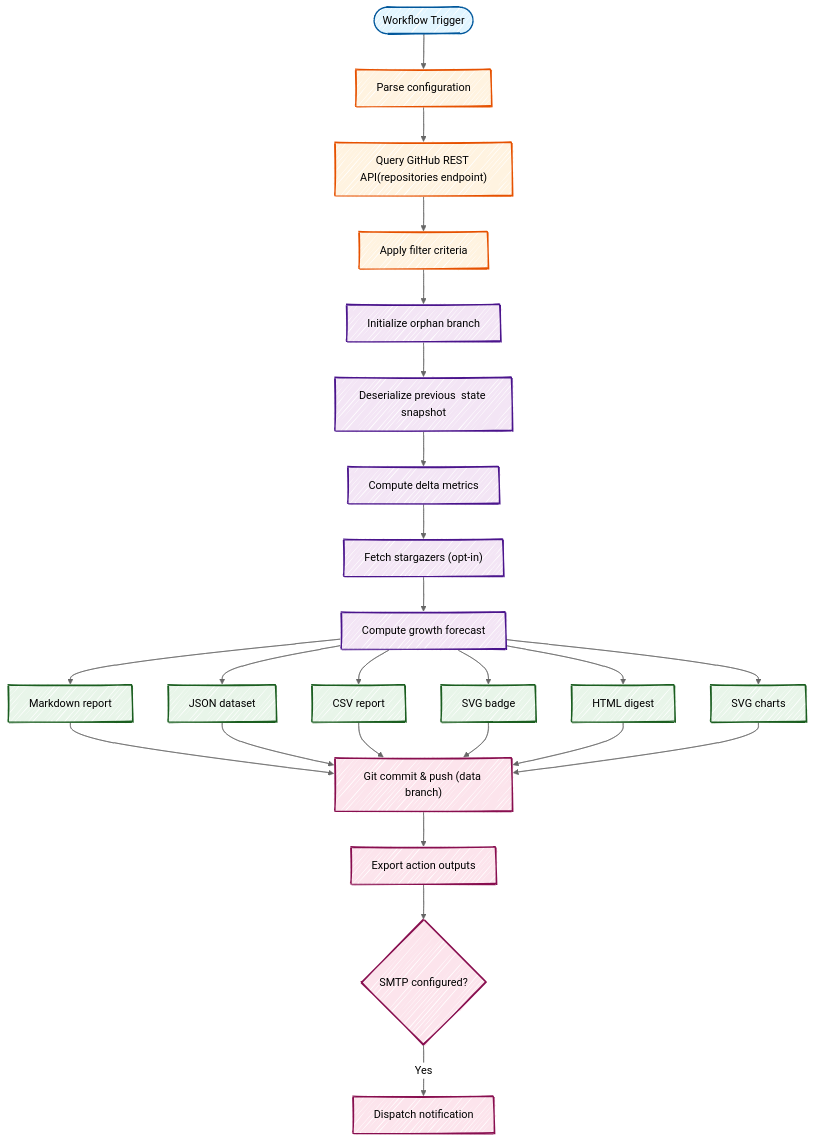
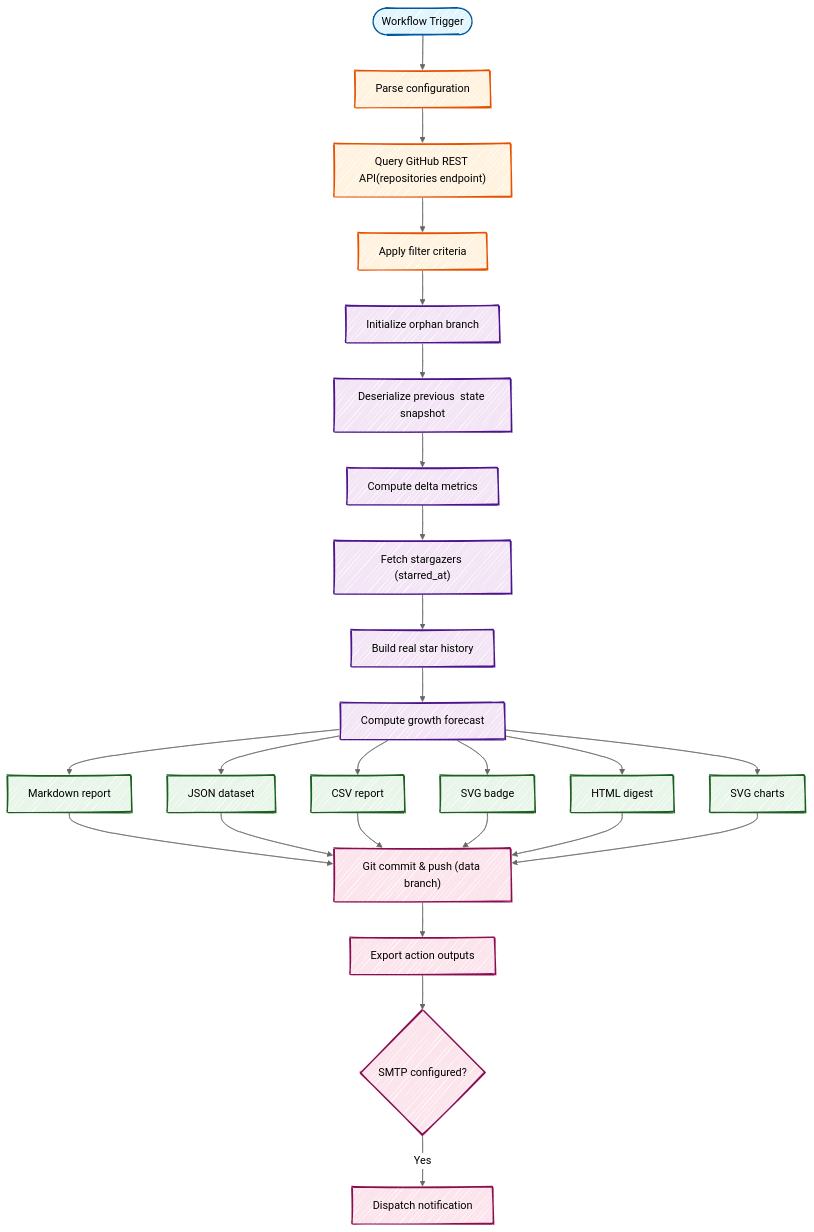
One commit to fbuireu/github-star-tracker changed the diagram in README.md. Above: the diagram before and after it, drawn with Mermaid. The commit also changed other lines of this file and 4 other files, not shown here.

Commit message:
feat: build charts from real star history (starred_at), not per-run snapshots (#107)

````diff
--- a/README.md
+++ b/README.md
@@ -197,54 +197,56 @@
 ```mermaid
 ---
 config:
   look: handDrawn
   theme: neutral
 ---
 flowchart TD
     trigger(["Workflow Trigger"])
     config["Parse configuration"]
     fetch["Query GitHub REST API(repositories endpoint)"]
     filter["Apply filter criteria"]
     init["Initialize orphan branch"]
     read["Deserialize previous  state snapshot"]
     compare["Compute delta metrics"]
-    stargazers["Fetch stargazers (opt-in)"]
+    stargazers["Fetch stargazers (starred_at)"]
+    history["Build real star history"]
     forecast["Compute growth forecast"]
     md["Markdown report"]
     json["JSON dataset"]
     csv["CSV report"]
     svg["SVG badge"]
     html["HTML digest"]
     charts["SVG charts"]
     commit["Git commit & push (data branch)"]
     setout["Export action outputs"]
     email{"SMTP configured?"}
     send["Dispatch notification"]
 
     trigger --> config --> fetch --> filter
     filter --> init --> read --> compare
-    compare --> stargazers --> forecast
+    compare --> stargazers --> history --> forecast
     forecast --> md & json & csv & svg & html & charts
     md & json & csv & svg & html & charts --> commit --> setout --> email
     email -->|Yes| send
 
     style trigger fill:#e1f5ff,stroke:#01579b,stroke-width:2px
     style config fill:#fff3e0,stroke:#e65100,stroke-width:2px
     style fetch fill:#fff3e0,stroke:#e65100,stroke-width:2px
     style filter fill:#fff3e0,stroke:#e65100,stroke-width:2px
     style init fill:#f3e5f5,stroke:#4a148c,stroke-width:2px
     style read fill:#f3e5f5,stroke:#4a148c,stroke-width:2px
     style compare fill:#f3e5f5,stroke:#4a148c,stroke-width:2px
     style stargazers fill:#f3e5f5,stroke:#4a148c,stroke-width:2px
+    style history fill:#f3e5f5,stroke:#4a148c,stroke-width:2px
     style forecast fill:#f3e5f5,stroke:#4a148c,stroke-width:2px
     style md fill:#e8f5e9,stroke:#1b5e20,stroke-width:2px
     style json fill:#e8f5e9,stroke:#1b5e20,stroke-width:2px
     style csv fill:#e8f5e9,stroke:#1b5e20,stroke-width:2px
     style svg fill:#e8f5e9,stroke:#1b5e20,stroke-width:2px
     style html fill:#e8f5e9,stroke:#1b5e20,stroke-width:2px
     style charts fill:#e8f5e9,stroke:#1b5e20,stroke-width:2px
     style commit fill:#fce4ec,stroke:#880e4f,stroke-width:2px
     style setout fill:#fce4ec,stroke:#880e4f,stroke-width:2px
     style email fill:#fce4ec,stroke:#880e4f,stroke-width:2px
     style send fill:#fce4ec,stroke:#880e4f,stroke-width:2px
 ```
````
